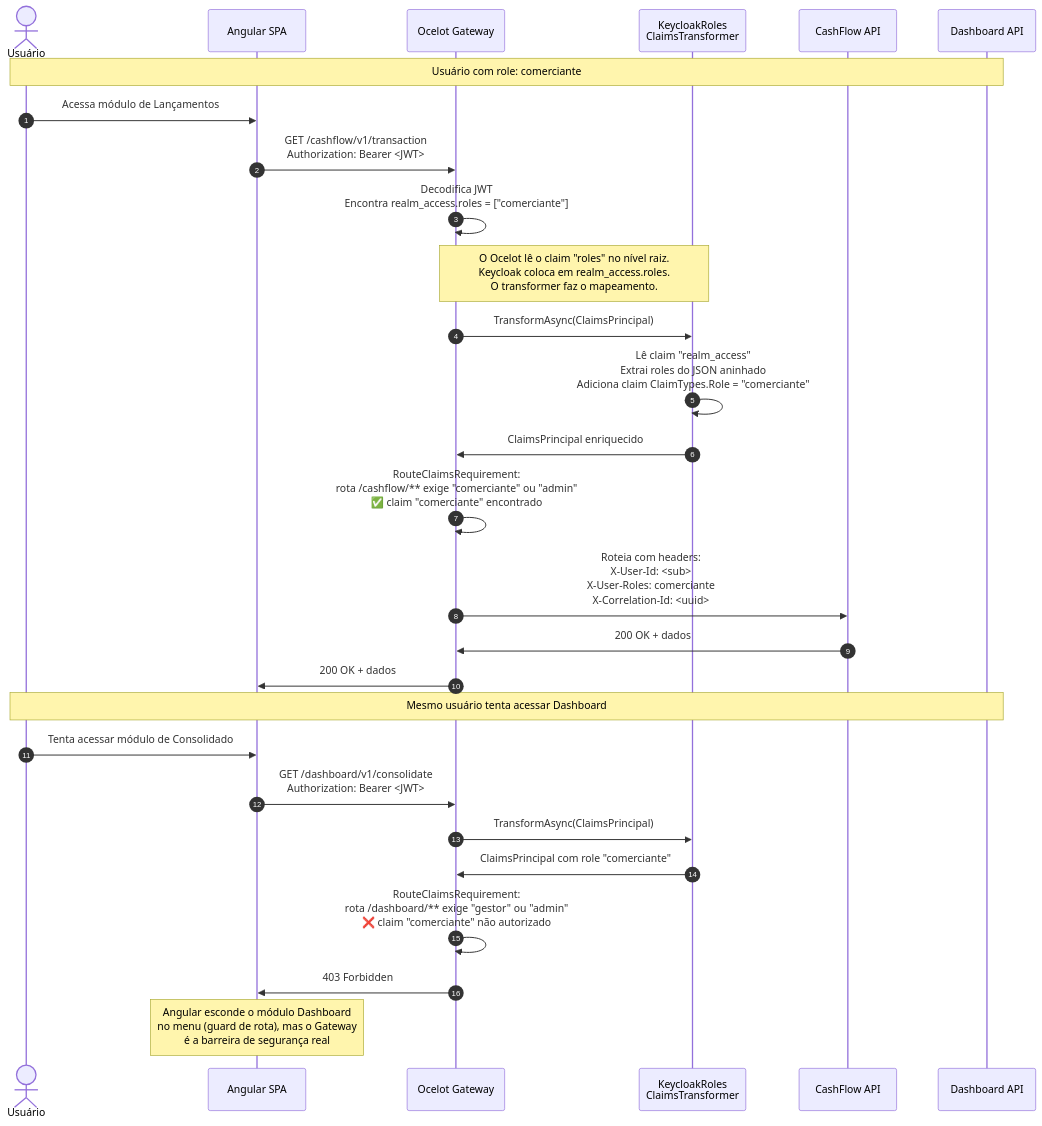
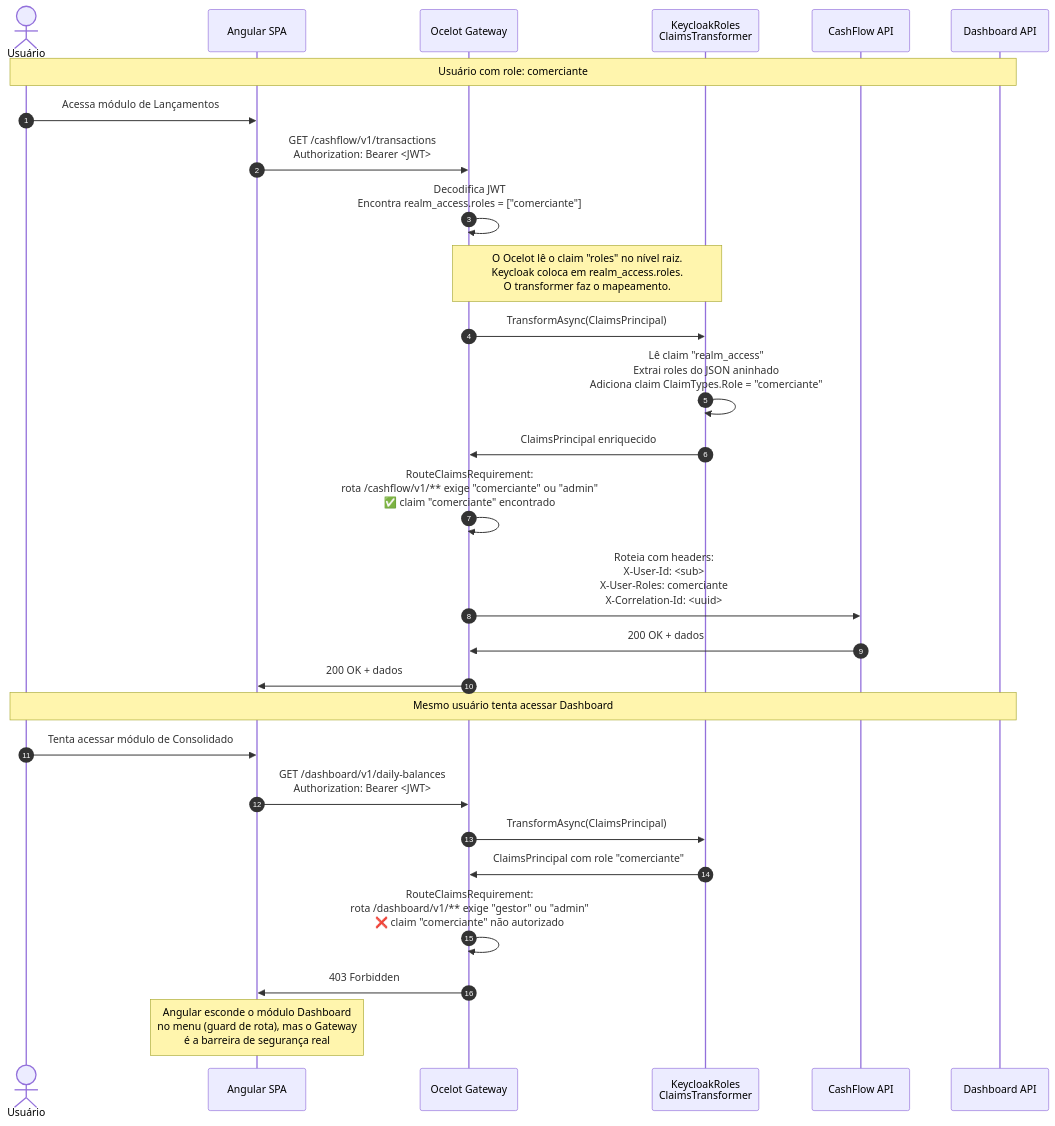
Before and after one commit to filipececcon/arch-challenge: the diagram in docs/security/diagrams/authz-rbac-flow.mmd, drawn with Mermaid. The commit also changed 41 other files, not shown here.

```diff
--- a/docs/security/diagrams/authz-rbac-flow.mmd
+++ b/docs/security/diagrams/authz-rbac-flow.mmd
@@ -1,41 +1,41 @@
 sequenceDiagram
     autonumber
 
     actor U as Usuário
     participant A as Angular SPA
     participant G as Ocelot Gateway
     participant T as KeycloakRoles<br/>ClaimsTransformer
     participant C as CashFlow API
     participant D as Dashboard API
 
     Note over U,D: Usuário com role: comerciante
 
     U->>A: Acessa módulo de Lançamentos
-    A->>G: GET /cashflow/v1/transaction<br/>Authorization: Bearer <JWT>
+    A->>G: GET /cashflow/v1/transactions<br/>Authorization: Bearer <JWT>
 
     G->>G: Decodifica JWT<br/>Encontra realm_access.roles = ["comerciante"]
 
     Note over G,T: O Ocelot lê o claim "roles" no nível raiz.<br/>Keycloak coloca em realm_access.roles.<br/>O transformer faz o mapeamento.
 
     G->>T: TransformAsync(ClaimsPrincipal)
     T->>T: Lê claim "realm_access"<br/>Extrai roles do JSON aninhado<br/>Adiciona claim ClaimTypes.Role = "comerciante"
     T->>G: ClaimsPrincipal enriquecido
 
-    G->>G: RouteClaimsRequirement:<br/>rota /cashflow/** exige "comerciante" ou "admin"<br/>✅ claim "comerciante" encontrado
+    G->>G: RouteClaimsRequirement:<br/>rota /cashflow/v1/** exige "comerciante" ou "admin"<br/>✅ claim "comerciante" encontrado
 
     G->>C: Roteia com headers:<br/>X-User-Id: <sub><br/>X-User-Roles: comerciante<br/>X-Correlation-Id: <uuid>
     C->>G: 200 OK + dados
     G->>A: 200 OK + dados
 
     Note over U,D: Mesmo usuário tenta acessar Dashboard
 
     U->>A: Tenta acessar módulo de Consolidado
-    A->>G: GET /dashboard/v1/consolidate<br/>Authorization: Bearer <JWT>
+    A->>G: GET /dashboard/v1/daily-balances<br/>Authorization: Bearer <JWT>
 
     G->>T: TransformAsync(ClaimsPrincipal)
     T->>G: ClaimsPrincipal com role "comerciante"
 
-    G->>G: RouteClaimsRequirement:<br/>rota /dashboard/** exige "gestor" ou "admin"<br/>❌ claim "comerciante" não autorizado
+    G->>G: RouteClaimsRequirement:<br/>rota /dashboard/v1/** exige "gestor" ou "admin"<br/>❌ claim "comerciante" não autorizado
 
     G->>A: 403 Forbidden
     Note over A: Angular esconde o módulo Dashboard<br/>no menu (guard de rota), mas o Gateway<br/>é a barreira de segurança real
```
